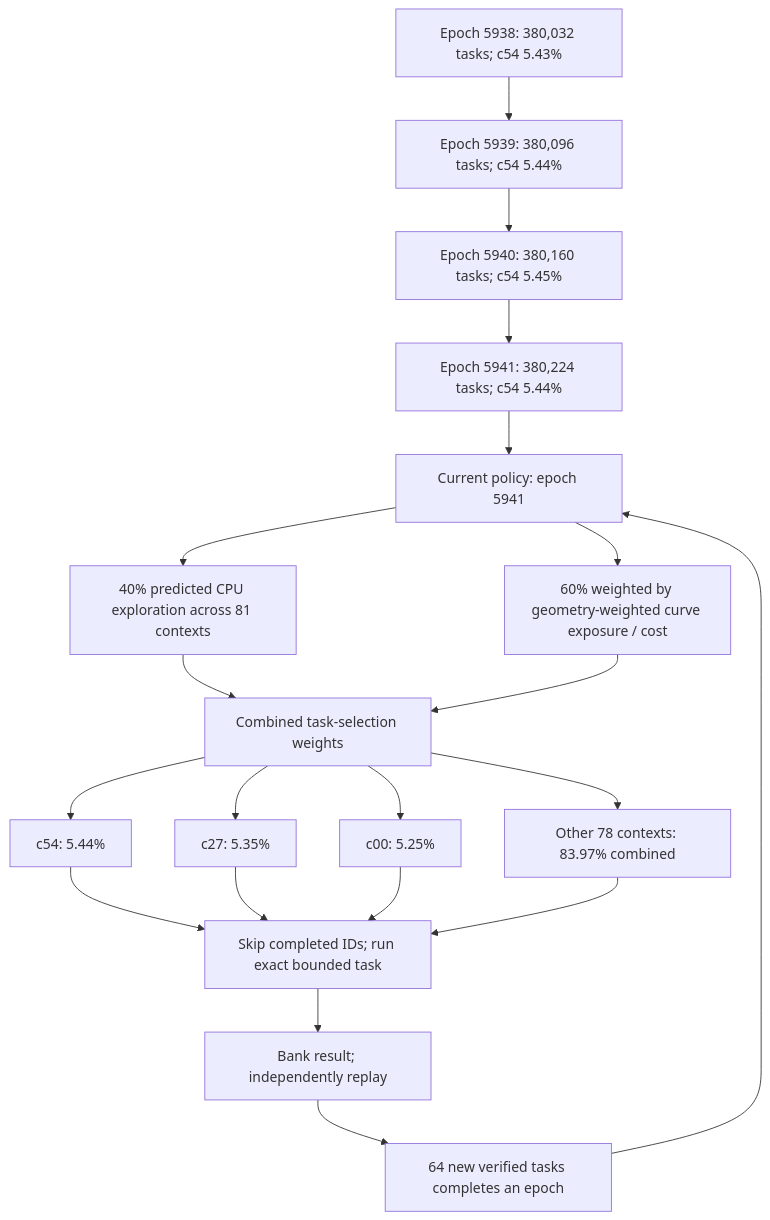
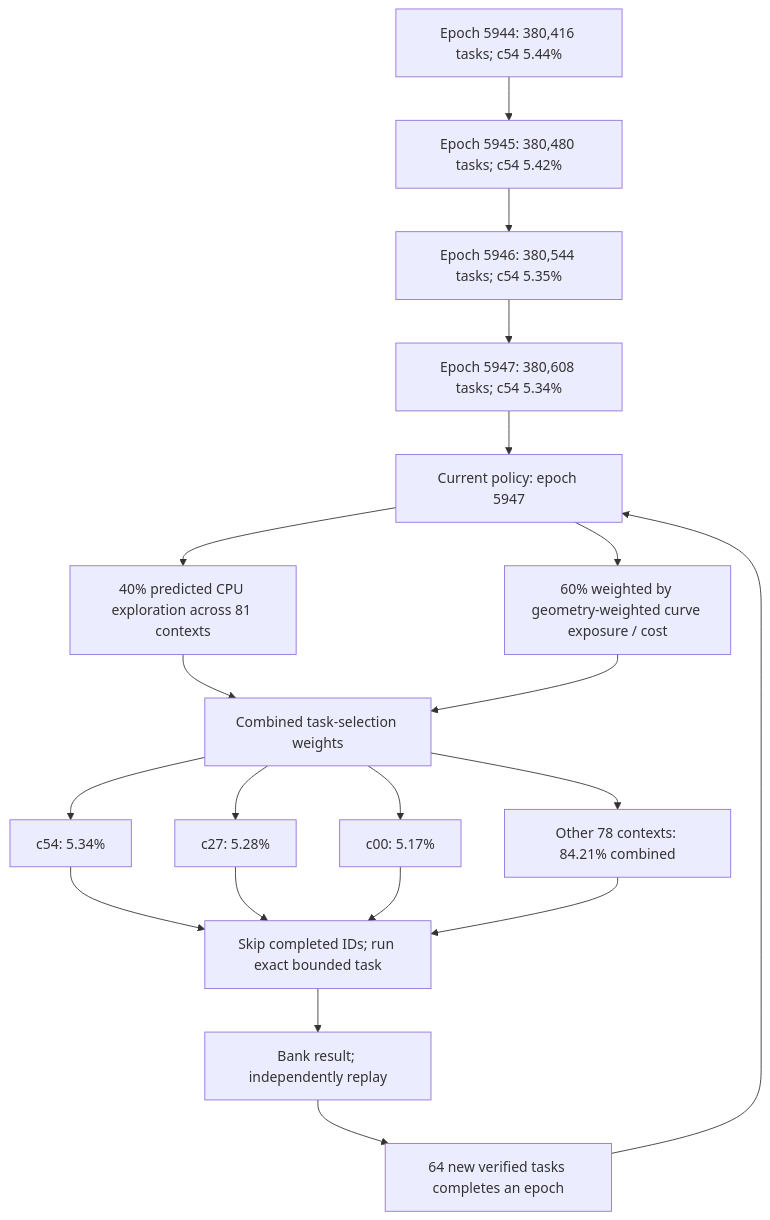
Before and after one commit to Kuberwastaken/math-gambling: the first of 3 diagrams in README.md, drawn with Mermaid. The commit also changed other lines of this file and 1410 other files, not shown here.

````diff
--- a/README.md
+++ b/README.md
@@ -60,27 +60,27 @@
 ```mermaid
 flowchart TD
-    H0["Epoch 5938: 380,032 tasks; c54 5.43%"]
-    H1["Epoch 5939: 380,096 tasks; c54 5.44%"]
+    H0["Epoch 5944: 380,416 tasks; c54 5.44%"]
+    H1["Epoch 5945: 380,480 tasks; c54 5.42%"]
     H0 --> H1
-    H2["Epoch 5940: 380,160 tasks; c54 5.45%"]
+    H2["Epoch 5946: 380,544 tasks; c54 5.35%"]
     H1 --> H2
-    H3["Epoch 5941: 380,224 tasks; c54 5.44%"]
+    H3["Epoch 5947: 380,608 tasks; c54 5.34%"]
     H2 --> H3
-    Policy["Current policy: epoch 5941"]
+    Policy["Current policy: epoch 5947"]
     H3 --> Policy
     Policy --> Explore["40% predicted CPU exploration across 81 contexts"]
     Policy --> Cost["60% weighted by geometry-weighted curve exposure / cost"]
     Explore --> Mix["Combined task-selection weights"]
     Cost --> Mix
-    Mix --> C0["c54: 5.44%"]
-    Mix --> C1["c27: 5.35%"]
-    Mix --> C2["c00: 5.25%"]
-    Mix --> Rest["Other 78 contexts: 83.97% combined"]
+    Mix --> C0["c54: 5.34%"]
+    Mix --> C1["c27: 5.28%"]
+    Mix --> C2["c00: 5.17%"]
+    Mix --> Rest["Other 78 contexts: 84.21% combined"]
     C0 --> Check["Skip completed IDs; run exact bounded task"]
     C1 --> Check
     C2 --> Check
     Rest --> Check
     Check --> Replay["Bank result; independently replay"]
     Replay --> Gate["64 new verified tasks completes an epoch"]
     Gate --> Policy
 ```
````
